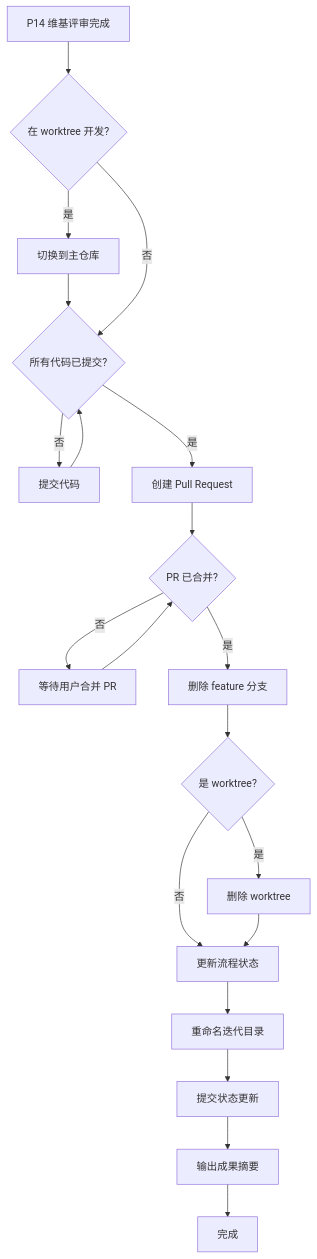
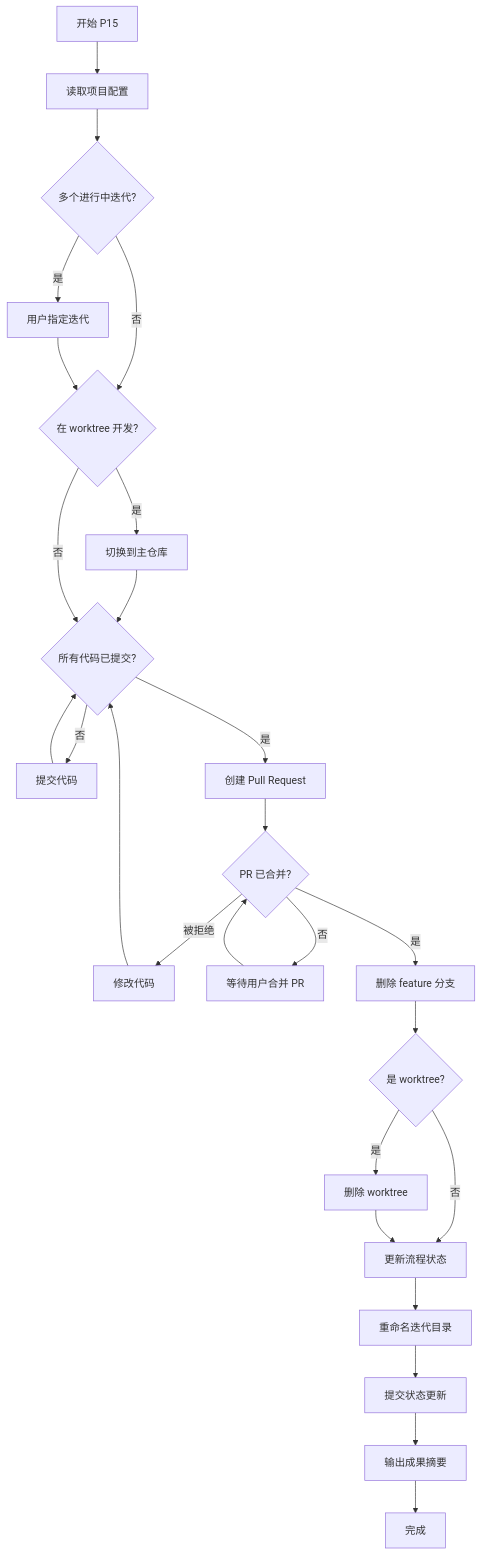
Before and after one commit to MTleen/cc-workflow: the first of 2 diagrams in .claude/skills/ideal-delivery/SKILL.md, drawn with Mermaid. The commit also changed other lines of this file, not shown here.

````diff
--- a/.claude/skills/ideal-delivery/SKILL.md
+++ b/.claude/skills/ideal-delivery/SKILL.md
@@ -25,22 +25,28 @@
 ```mermaid
 flowchart TD
-    A[P14 维基评审完成] --> B{在 worktree 开发?}
+    A[开始 P15] --> A1[读取项目配置]
+    A1 --> A2{多个进行中迭代?}
+    A2 -->|是| A3[用户指定迭代]
+    A2 -->|否| B
+    A3 --> B{在 worktree 开发?}
     B -->|是| C[切换到主仓库]
     C --> D{所有代码已提交?}
     B -->|否| D
     D -->|否| E[提交代码]
     E --> D
     D -->|是| F[创建 Pull Request]
     F --> G{PR 已合并?}
+    G -->|被拒绝| R[修改代码]
+    R --> D
     G -->|否| H[等待用户合并 PR]
     H --> G
     G -->|是| I[删除 feature 分支]
     I --> J{是 worktree?}
     J -->|是| K[删除 worktree]
     J -->|否| L[更新流程状态]
     K --> L
     L --> M[重命名迭代目录]
     M --> N[提交状态更新]
     N --> O[输出成果摘要]
     O --> P[完成]
 ```
````
